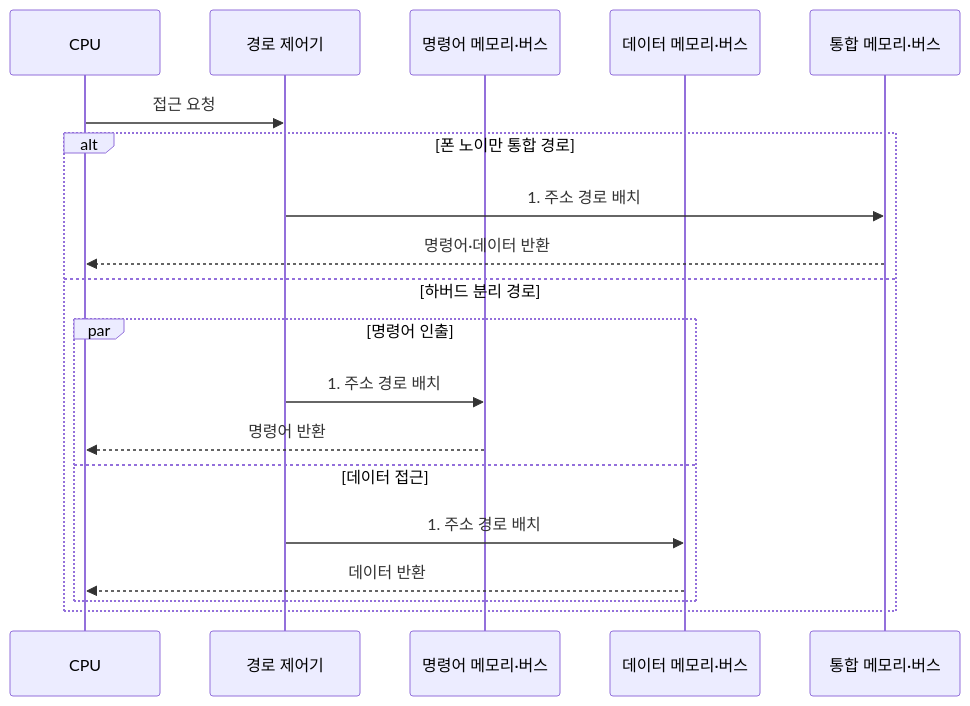
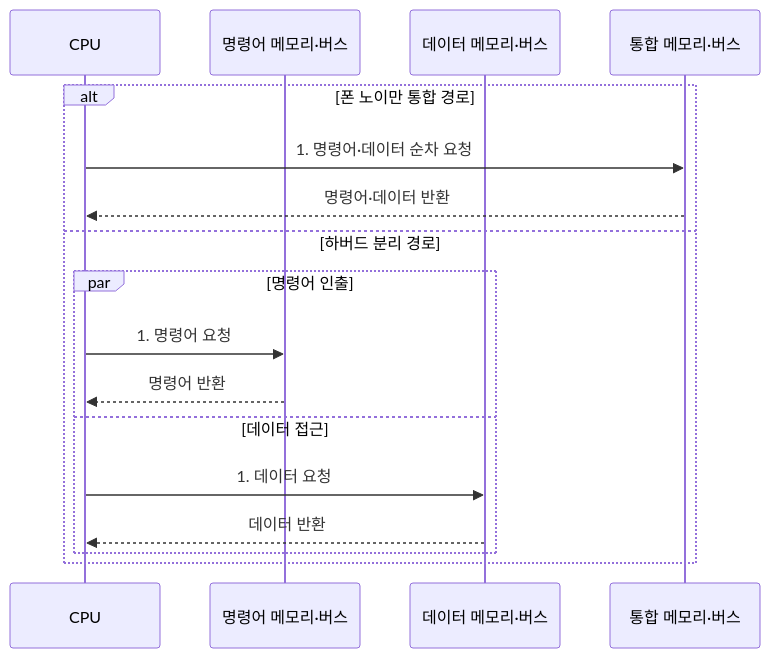
The second of 2 diagrams in src/content/docs/notes/02-hardware/001_von_neumann_vs_harvard.md (agnusdei1207/knowledge-base), drawn with Mermaid before and after one commit. The commit also changed other lines of this file and 3 other files, not shown here.

Commit message:
Simplify processor architecture flows

````diff
--- a/src/content/docs/notes/02-hardware/001_von_neumann_vs_harvard.md
+++ b/src/content/docs/notes/02-hardware/001_von_neumann_vs_harvard.md
@@ -93,21 +93,19 @@
 ```mermaid
 sequenceDiagram
     participant C as CPU
-    participant P as 경로 제어기
     participant I as 명령어 메모리·버스
     participant D as 데이터 메모리·버스
     participant M as 통합 메모리·버스
-    C->>P: 접근 요청
     alt 폰 노이만 통합 경로
-        P->>M: 1. 주소 경로 배치
+        C->>M: 1. 명령어·데이터 순차 요청
         M-->>C: 명령어·데이터 반환
     else 하버드 분리 경로
         par 명령어 인출
-            P->>I: 1. 주소 경로 배치
+            C->>I: 1. 명령어 요청
             I-->>C: 명령어 반환
         and 데이터 접근
-            P->>D: 1. 주소 경로 배치
+            C->>D: 1. 데이터 요청
             D-->>C: 데이터 반환
         end
     end
 ```
````
